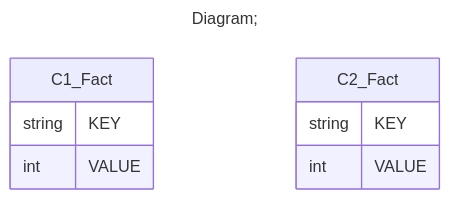
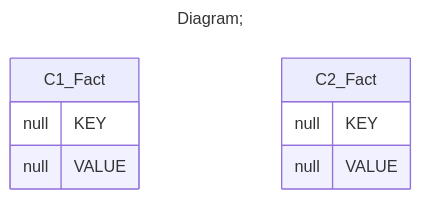
One commit to xmla-services/workground changed the fourth of 4 diagrams in demo/server/catalogs/min_VirtualCube_Measure_only/README.MD. Above: the diagram before and after it, drawn with Mermaid. The commit also changed other lines of this file and 39 other files, not shown here.

````diff
--- a/demo/server/catalogs/min_VirtualCube_Measure_only/README.MD
+++ b/demo/server/catalogs/min_VirtualCube_Measure_only/README.MD
@@ -90,15 +90,15 @@
 ```mermaid
 ---
 title: Diagram;
 ---
 erDiagram
 C1_Fact{
-string KEY
-int VALUE
+null KEY
+null VALUE
 }
 C2_Fact{
-string KEY
-int VALUE
+null KEY
+null VALUE
 }
 
 ```
````
